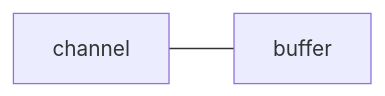
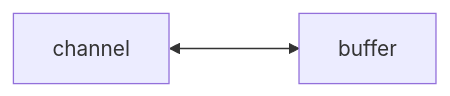
The first of 9 diagrams in Netty/netty快速入门.md (csliujw/CodeNotes), drawn with Mermaid before and after one commit. The commit also changed other lines of this file and 1 other file, not shown here.

````diff
--- a/Netty/netty快速入门.md
+++ b/Netty/netty快速入门.md
@@ -131,4 +156,4 @@
 ```mermaid
-graph LR
-channel --- buffer
+flowchart LR
+channel <---> buffer
 ```
````
